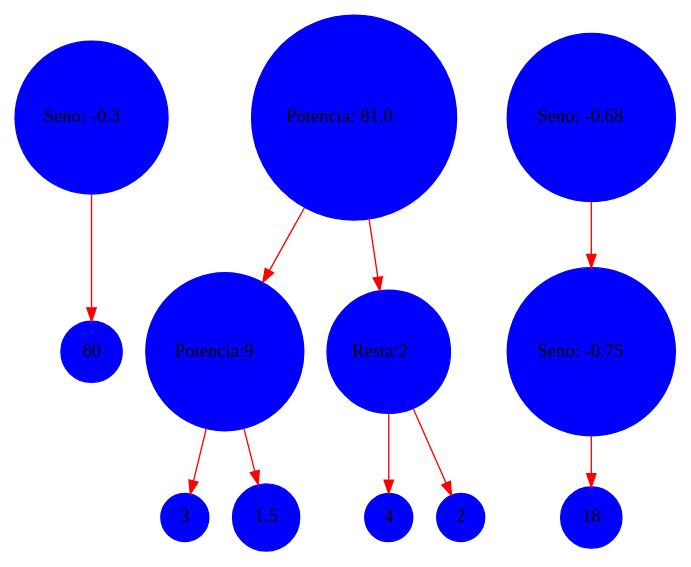
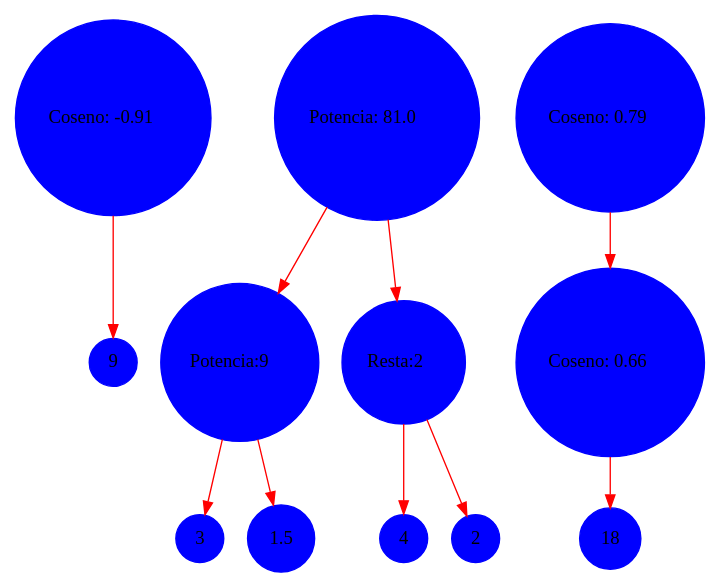
The diagram in Documentacion/grafo.dot (Jhonsagui81/-LFP-royecto1_202106003), drawn with Graphviz before and after one commit. The commit also changed 3 other files, not shown here.

```diff
--- a/Documentacion/grafo.dot
+++ b/Documentacion/grafo.dot
@@ -1,24 +1,24 @@
 digraph {
 	rankdir=TB
-	60 [shape=circle style=filled color = blue]
- 	seno1 -> 60 [shape=record color=red]
-	seno1 [shape=circle style=filled color = blue, label=<Seno: -0.3>]
+	9 [shape=circle style=filled color = blue]
+ 	coseno1 -> 9 [shape=record color=red]
+	coseno1 [shape=circle style=filled color = blue, label=<Coseno: -0.91>]
  	3 [shape=circle style=filled color = blue]
  	Potencia102 -> 3 [shape=record color=red]
 	1.5 [shape=circle style=filled color = blue]
  	Potencia102 -> 1.5 [shape=record color=red]
 	Potencia102 [shape=circle style=filled color = blue, label=<Potencia:9>]
  	potencia2 -> Potencia102 [shape=record color=red]
 	4 [shape=circle style=filled color = blue]
  	Resta102 -> 4 [shape=record color=red]
 	2 [shape=circle style=filled color = blue]
  	Resta102 -> 2 [shape=record color=red]
 	Resta102 [shape=circle style=filled color = blue, label=<Resta:2>]
  	potencia2 -> Resta102 [shape=record color=red]
 	potencia2 [shape=circle style=filled color = blue, label=<Potencia: 81.0>]
  	18 [shape=circle style=filled color = blue]
- 	Seno103 -> 18 [shape=record color=red]
-	Seno103 [shape=circle style=filled color = blue, label=<Seno: -0.75>]
- 	seno3 -> Seno103 [shape=record color=red]
-	seno3 [shape=circle style=filled color = blue, label=<Seno: -0.68>]
+ 	Coseno103 -> 18 [shape=record color=red]
+	Coseno103 [shape=circle style=filled color = blue, label=<Coseno: 0.66>]
+ 	coseno3 -> Coseno103 [shape=record color=red]
+	coseno3 [shape=circle style=filled color = blue, label=<Coseno: 0.79>]
  }
```
